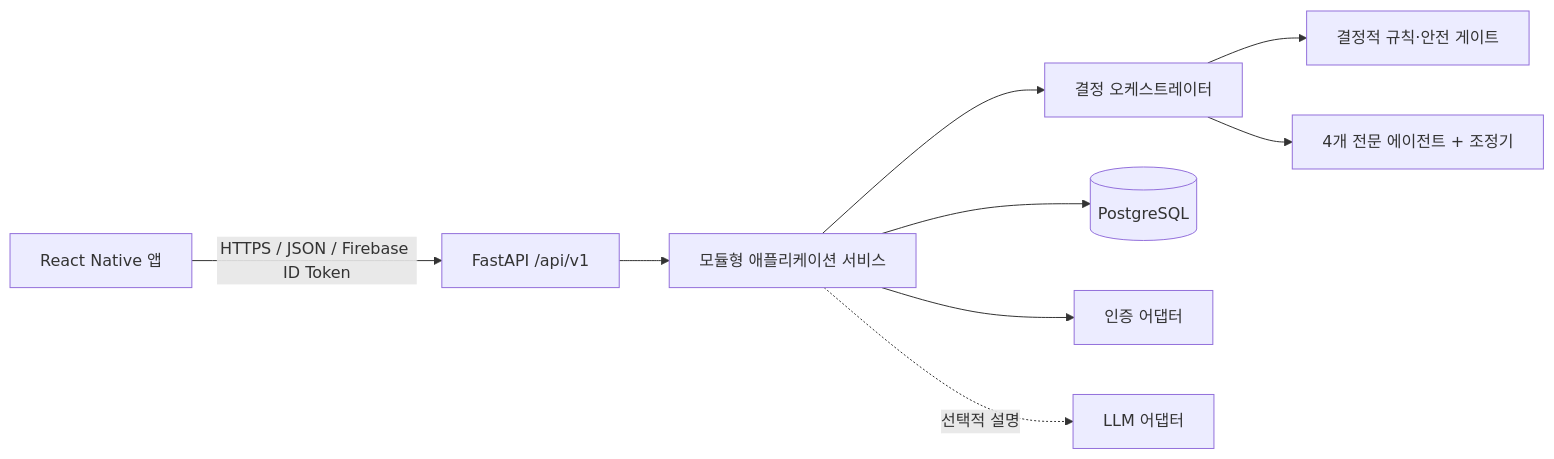
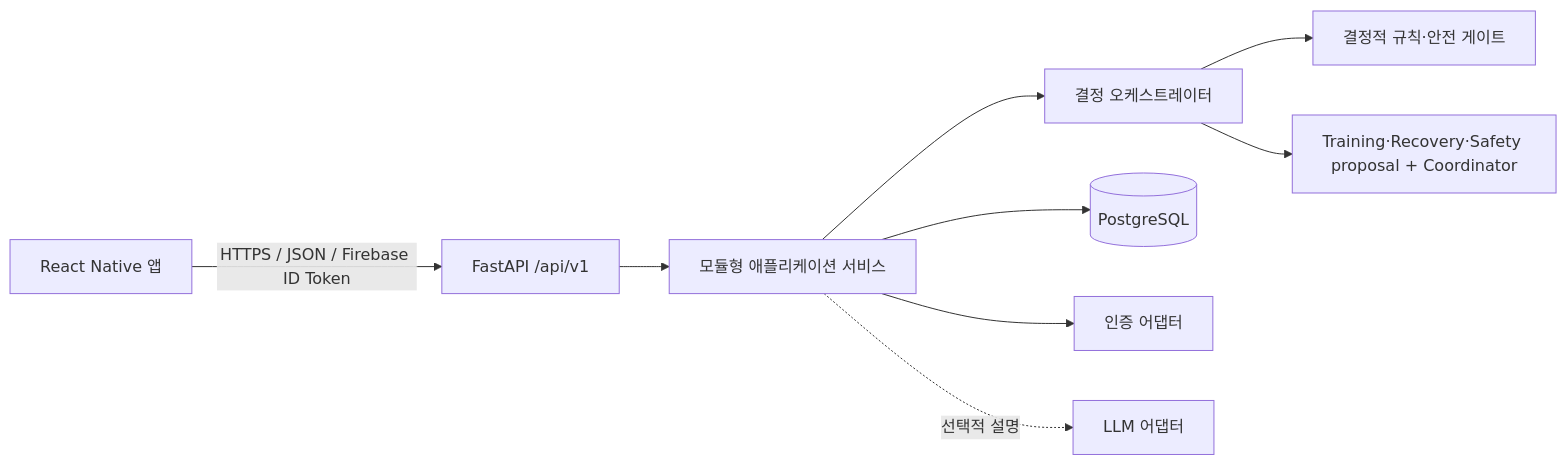
One commit to SKNETWORKS-FAMILY-AICAMP/SKN30-FINAL-5Team changed the first of 3 diagrams in docs/ARCHITECTURE.md. Above: the diagram before and after it, drawn with Mermaid. The commit also changed other lines of this file and 26 other files, not shown here.

````diff
--- a/docs/ARCHITECTURE.md
+++ b/docs/ARCHITECTURE.md
@@ -7,11 +9,11 @@
 ```mermaid
 flowchart LR
   APP["React Native 앱"] -->|"HTTPS / JSON / Firebase ID Token"| API["FastAPI /api/v1"]
   API --> MOD["모듈형 애플리케이션 서비스"]
   MOD --> DEC["결정 오케스트레이터"]
   DEC --> RULES["결정적 규칙·안전 게이트"]
-  DEC --> AGENTS["4개 전문 에이전트 + 조정기"]
+  DEC --> AGENTS["Training·Recovery·Safety proposal + Coordinator"]
   MOD --> DB[("PostgreSQL")]
   MOD --> AUTH["인증 어댑터"]
   MOD -. 선택적 설명 .-> LLM["LLM 어댑터"]
 ```
````
